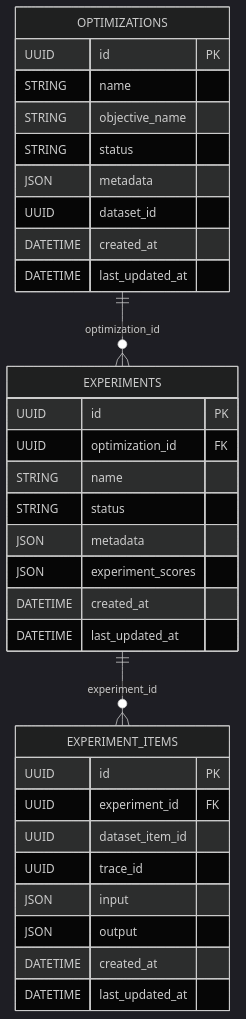
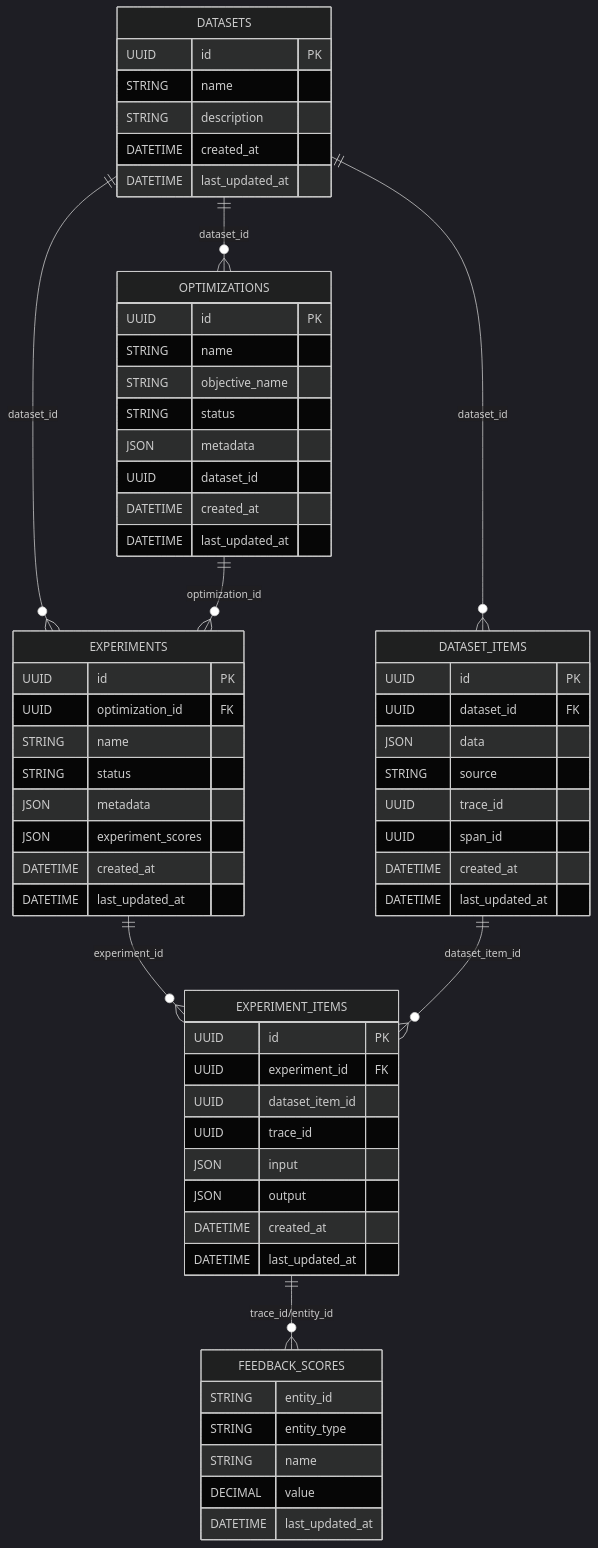
One commit to comet-ml/opik changed the second of 3 diagrams in sdks/opik_optimizer/docs/optimization-framework-design.md. Above: the diagram before and after it, drawn with Mermaid (dark theme). The commit also changed other lines of this file, not shown here.

Commit message:
FE communication and ERD additions

````diff
--- a/sdks/opik_optimizer/docs/optimization-framework-design.md
+++ b/sdks/opik_optimizer/docs/optimization-framework-design.md
@@ -80,38 +80,71 @@
 ```mermaid
 erDiagram
+    DATASETS ||--o{ OPTIMIZATIONS : "dataset_id"
+    DATASETS ||--o{ EXPERIMENTS : "dataset_id"
+    DATASETS ||--o{ DATASET_ITEMS : "dataset_id"
     OPTIMIZATIONS ||--o{ EXPERIMENTS : "optimization_id"
     EXPERIMENTS ||--o{ EXPERIMENT_ITEMS : "experiment_id"
+    DATASET_ITEMS ||--o{ EXPERIMENT_ITEMS : "dataset_item_id"
+    EXPERIMENT_ITEMS ||--o{ FEEDBACK_SCORES : "trace_id/entity_id"
+
+    DATASETS {
+        UUID id PK
+        STRING name
+        STRING description
+        DATETIME created_at
+        DATETIME last_updated_at
+    }
 
     OPTIMIZATIONS {
         UUID id PK
         STRING name
         STRING objective_name
         STRING status
         JSON metadata
         UUID dataset_id
         DATETIME created_at
         DATETIME last_updated_at
     }
 
     EXPERIMENTS {
         UUID id PK
         UUID optimization_id FK
         STRING name
         STRING status
         JSON metadata
         JSON experiment_scores
         DATETIME created_at
         DATETIME last_updated_at
     }
 
     EXPERIMENT_ITEMS {
         UUID id PK
         UUID experiment_id FK
         UUID dataset_item_id
         UUID trace_id
         JSON input
         JSON output
         DATETIME created_at
         DATETIME last_updated_at
     }
+
+    DATASET_ITEMS {
+        UUID id PK
+        UUID dataset_id FK
+        JSON data
+        STRING source
+        UUID trace_id
+        UUID span_id
+        DATETIME created_at
+        DATETIME last_updated_at
+    }
+
+    FEEDBACK_SCORES {
+        STRING entity_id
+        STRING entity_type
+        STRING name
+        DECIMAL value
+        DATETIME last_updated_at
+    }
+
 ```
````
